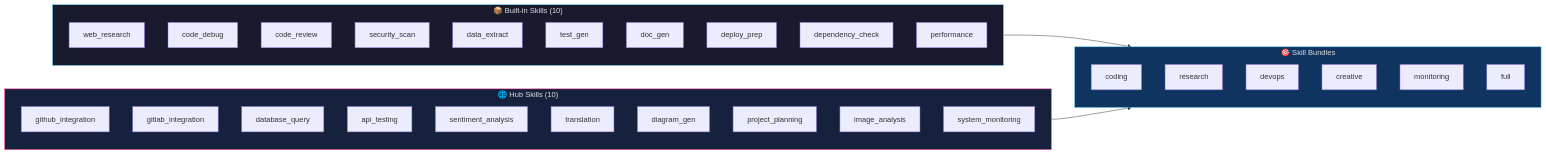
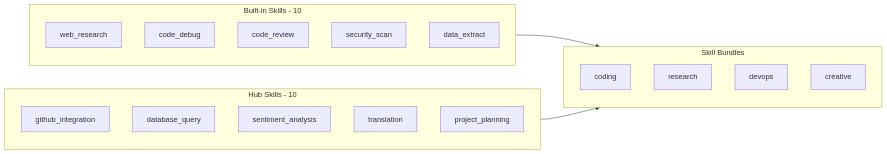
The fifth of 5 diagrams in README.md (TitoPrausee/nexus-toti), drawn with Mermaid before and after one commit. The commit also changed other lines of this file, not shown here.

Commit message:
docs: Mermaid-UML gefixt - kein HTML/Emoji in Nodes, pure Mermaid-Syntax

````diff
--- a/README.md
+++ b/README.md
@@ -458,44 +363,28 @@
 ```mermaid
 graph LR
-    subgraph builtin["📦 Built-in Skills (10)"]
+    subgraph builtin["Built-in Skills - 10"]
         WR["web_research"]
         CD["code_debug"]
         CR["code_review"]
         SS["security_scan"]
         DE["data_extract"]
-        TG["test_gen"]
-        DG["doc_gen"]
-        DP["deploy_prep"]
-        DC["dependency_check"]
-        PF["performance"]
     end
-    
-    subgraph hub["🌐 Hub Skills (10)"]
+
+    subgraph hub["Hub Skills - 10"]
         GH["github_integration"]
-        GL["gitlab_integration"]
         DQ["database_query"]
-        AT["api_testing"]
         SA["sentiment_analysis"]
         TR["translation"]
-        DIAG["diagram_gen"]
         PP["project_planning"]
-        IA["image_analysis"]
-        SM["system_monitoring"]
     end
-    
-    subgraph bundles["🎯 Skill Bundles"]
+
+    subgraph bundles["Skill Bundles"]
         CODING["coding"]
         RESEARCH["research"]
         DEVOPS["devops"]
         CREATIVE["creative"]
-        MONITOR["monitoring"]
-        FULL["full"]
     end
-    
+
     builtin --> bundles
     hub --> bundles
-    
-    style builtin fill:#1a1a2e,stroke:#4cc9f0,color:#e0e0e0
-    style hub fill:#16213e,stroke:#f72585,color:#e0e0e0
-    style bundles fill:#0f3460,stroke:#4cc9f0,color:#e0e0e0
 ```
````
